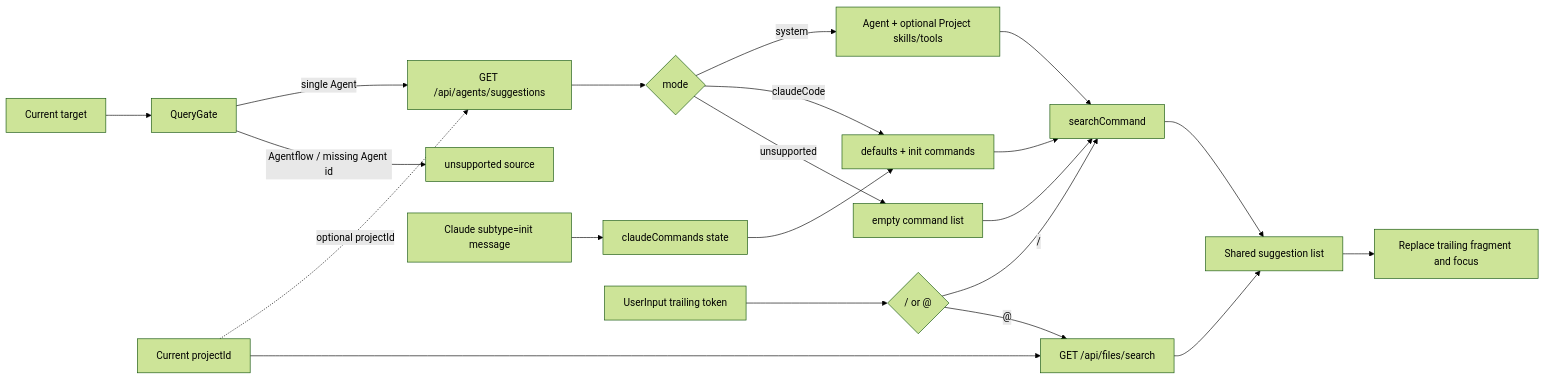
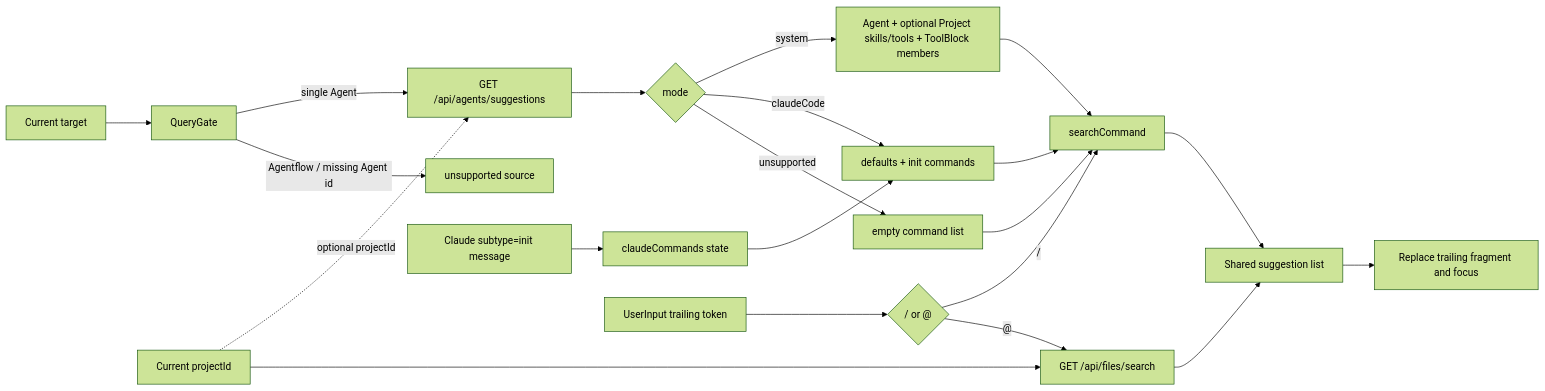
One commit to zxyao145/agw changed the diagram in docs/5.Chat Suggestions.md. Above: the diagram before and after it, drawn with Mermaid (forest theme). The commit also changed other lines of this file and 396 other files, not shown here.

First line of the commit message:
feat(agents): add agent tool blocks

````diff
--- a/docs/5.Chat Suggestions.md
+++ b/docs/5.Chat Suggestions.md
@@ -41,28 +41,28 @@
 ```mermaid
 flowchart LR
     Target["Current target"] --> QueryGate
     QueryGate -->|"single Agent"| SuggestionsAPI["GET /api/agents/suggestions"]
     QueryGate -->|"Agentflow / missing Agent id"| Unsupported["unsupported source"]
     Project["Optional current Project"] -. "optional projectId" .-> SuggestionsAPI
 
     SuggestionsAPI --> Mode{"mode"}
-    Mode -->|"system"| SystemItems["Agent + optional Project skills/tools"]
+    Mode -->|"system"| SystemItems["Agent + optional Project skills/tools + ToolBlock members"]
     Mode -->|"claudeCode"| ClaudeItems["defaults + init commands"]
     Mode -->|"unsupported"| EmptyCommands["empty command list"]
 
     InitMessage["Claude subtype=init message"] --> ClaudeState["claudeCommands state"]
     ClaudeState --> ClaudeItems
 
     Input["UserInput trailing token"] --> Trigger{"/ or @"}
     Trigger -->|"/"| CommandSearch["searchCommand"]
     SystemItems --> CommandSearch
     ClaudeItems --> CommandSearch
     EmptyCommands --> CommandSearch
 
     Trigger -->|"@"| FileSearch["GET /api/files/search"]
     Project["Current projectId"] --> FileSearch
 
     CommandSearch --> SuggestionList["Shared suggestion list"]
     FileSearch --> SuggestionList
     SuggestionList --> Replace["Replace trailing fragment and focus"]
 ```
````
